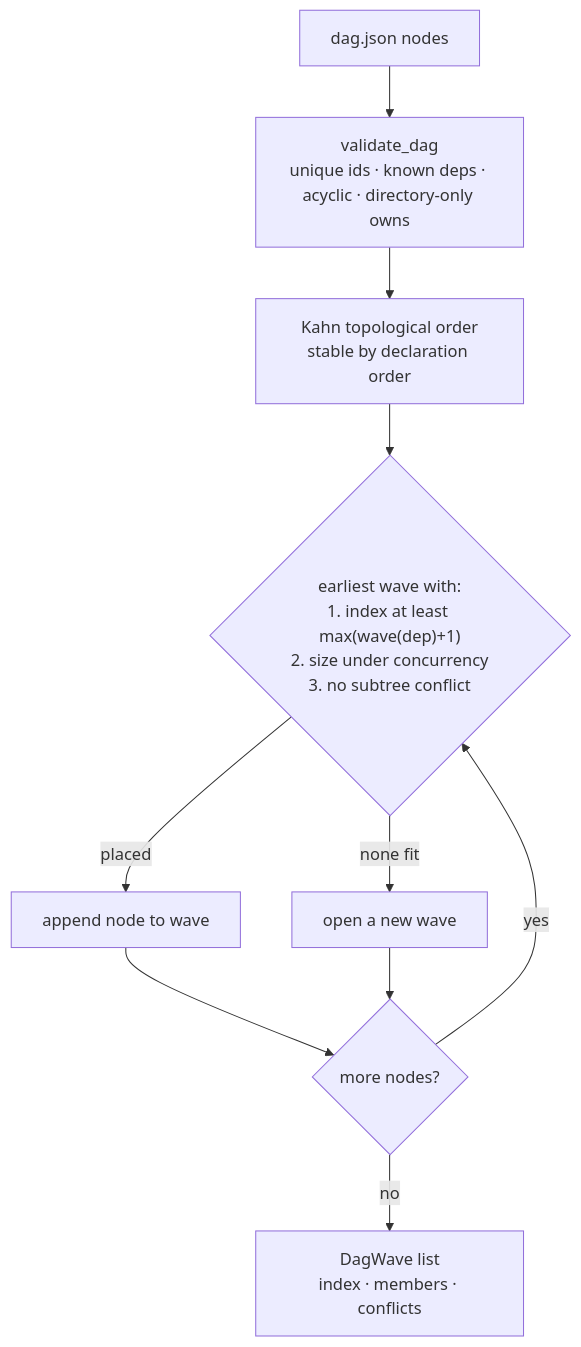
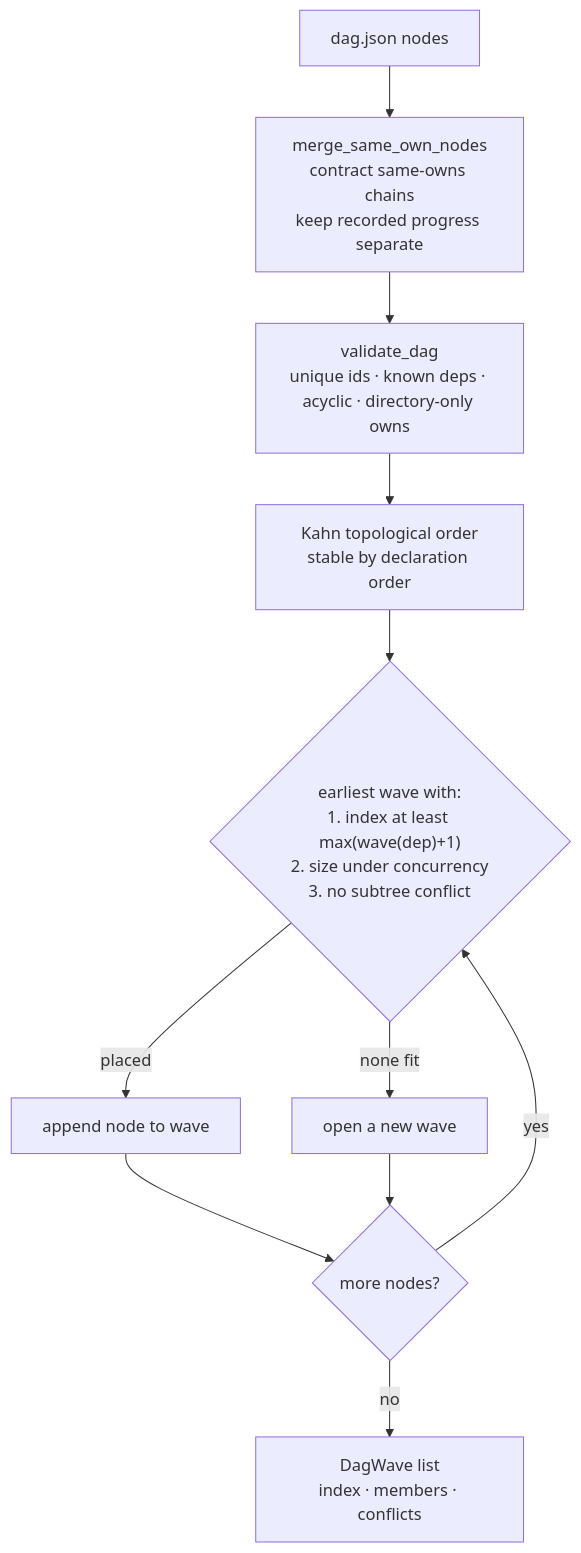
One commit to ming6ao/sliceme changed the fifth of 10 diagrams in docs/architecture.md. Above: the diagram before and after it, drawn with Mermaid. The commit also changed other lines of this file and 9 other files, not shown here.

First line of the commit message:
feat(plan): merge same-ownership nodes in the DAG

````diff
--- a/docs/architecture.md
+++ b/docs/architecture.md
@@ -225,12 +227,13 @@
 ```mermaid
 flowchart TD
-  D["dag.json nodes"] --> VAL["validate_dag<br/>unique ids · known deps · acyclic · directory-only owns"]
+  D["dag.json nodes"] --> MERGE["merge_same_own_nodes<br/>contract same-owns chains<br/>keep recorded progress separate"]
+  MERGE --> VAL["validate_dag<br/>unique ids · known deps · acyclic · directory-only owns"]
   VAL --> TOPO["Kahn topological order<br/>stable by declaration order"]
   TOPO --> PICK{"earliest wave with:<br/>1. index at least max(wave(dep)+1)<br/>2. size under concurrency<br/>3. no subtree conflict"}
   PICK -- "placed" --> WAVE["append node to wave"]
   PICK -- "none fit" --> NEW["open a new wave"]
   WAVE --> MORE{"more nodes?"}
   NEW --> MORE
   MORE -- "yes" --> PICK
   MORE -- "no" --> OUT["DagWave list<br/>index · members · conflicts"]
 ```
````
